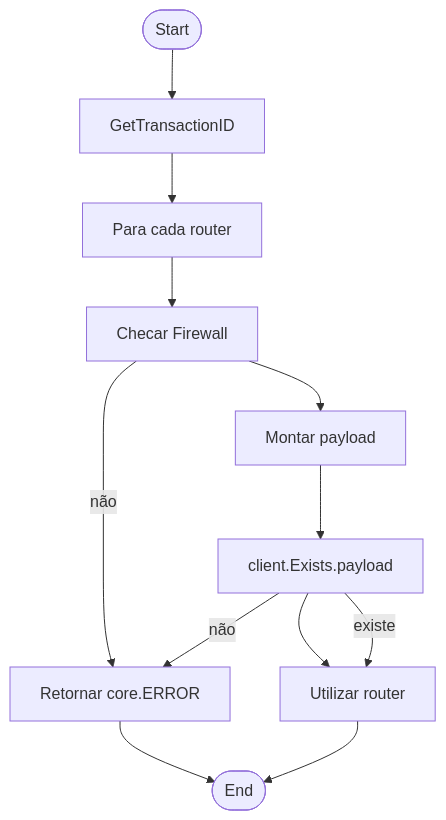
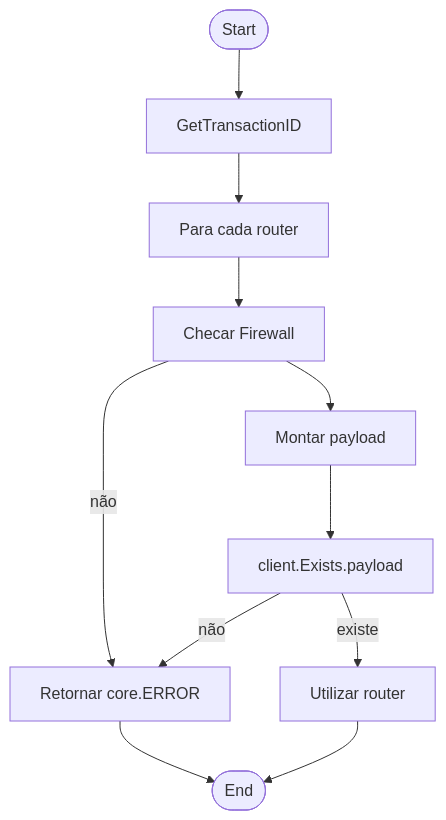
Before and after one commit to totvs-cloud/fortigate-fisico-iaas: the diagram in paloalto-router.md, drawn with Mermaid.

Commit message:
refactor paloalto-router.md to enhance flowchart logic and improve clarity

````diff
--- a/paloalto-router.md
+++ b/paloalto-router.md
@@ -7,16 +7,14 @@
 ```mermaid
 flowchart TD
   A([Start]) --> B[GetTransactionID]
   B --> C[Para cada router]
   C --> D[Checar Firewall]
   D -- não --> E[Retornar core.ERROR]
   D --> F[Montar payload]
   F --> G[client.Exists.payload]
   G -- não --> E[Retornar core.ERROR]
-  G --> I[Utilizar router]
-
-  G -- existe --> I
+  G -- existe --> I[Utilizar router]
   I --> L([End])
   E --> L([End])
   
 ```
````
